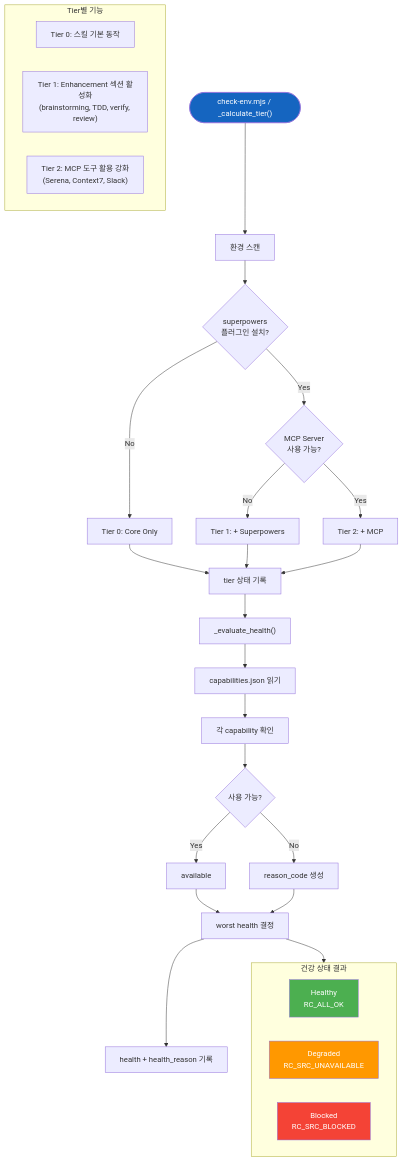
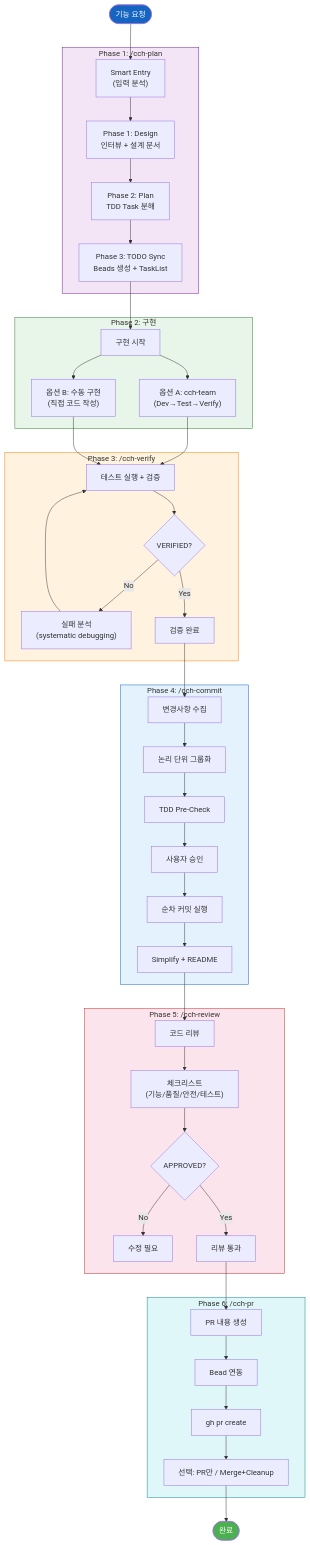
Before and after one commit to skdkfk8758/claude-code-harness: the seventh of 18 diagrams in docs/diagrams/cch-workflows.md, drawn with Mermaid. The commit also changed other lines of this file and 10 other files, not shown here.

Commit message:
docs: add plan documents and diagrams from current session

````diff
--- a/docs/diagrams/cch-workflows.md
+++ b/docs/diagrams/cch-workflows.md
@@ -162,41 +311,70 @@
 ```mermaid
 flowchart TD
-    START(["check-env.mjs / _calculate_tier()"]) --> SCAN["환경 스캔"]
+    START(["기능 요청"]) --> PLAN
 
-    SCAN --> CHK_SP{"superpowers<br/>플러그인 설치?"}
-    CHK_SP -->|No| TIER0["Tier 0: Core Only"]
-    CHK_SP -->|Yes| CHK_MCP{"MCP Server<br/>사용 가능?"}
-    CHK_MCP -->|No| TIER1["Tier 1: + Superpowers"]
-    CHK_MCP -->|Yes| TIER2["Tier 2: + MCP"]
-
-    TIER0 & TIER1 & TIER2 --> WRITE_TIER["tier 상태 기록"]
-
-    WRITE_TIER --> EVAL_HEALTH["_evaluate_health()"]
-    EVAL_HEALTH --> READ_CAP["capabilities.json 읽기"]
-    READ_CAP --> CHECK_EACH["각 capability 확인"]
-    CHECK_EACH --> AVAIL{"사용 가능?"}
-    AVAIL -->|Yes| OK["available"]
-    AVAIL -->|No| REASON["reason_code 생성"]
-
-    OK & REASON --> WORST["worst health 결정"]
-    WORST --> WRITE_HEALTH["health + health_reason 기록"]
-
-    subgraph HealthOutcomes["건강 상태 결과"]
-        HEALTHY["Healthy<br/>RC_ALL_OK"]
-        DEGRADED["Degraded<br/>RC_SRC_UNAVAILABLE"]
-        BLOCKED["Blocked<br/>RC_SRC_BLOCKED"]
+    subgraph PLAN_PHASE["Phase 1: /cch-plan"]
+        PLAN["Smart Entry<br/>(입력 분석)"]
+        PLAN --> P1["Phase 1: Design<br/>인터뷰 + 설계 문서"]
+        P1 --> P2["Phase 2: Plan<br/>TDD Task 분해"]
+        P2 --> P3["Phase 3: TODO Sync<br/>Beads 생성 + TaskList"]
     end
 
-    WORST --> HealthOutcomes
+    P3 --> IMPL
 
-    subgraph TierEffects["Tier별 기능"]
-        T0E["Tier 0: 스킬 기본 동작"]
-        T1E["Tier 1: Enhancement 섹션 활성화<br/>(brainstorming, TDD, verify, review)"]
-        T2E["Tier 2: MCP 도구 활용 강화<br/>(Serena, Context7, Slack)"]
+    subgraph CODE_PHASE["Phase 2: 구현"]
+        IMPL["구현 시작"]
+        IMPL --> OPT_A["옵션 A: cch-team<br/>(Dev→Test→Verify)"]
+        IMPL --> OPT_B["옵션 B: 수동 구현<br/>(직접 코드 작성)"]
     end
 
+    OPT_A & OPT_B --> VERIFY_PHASE
+
+    subgraph VERIFY_PHASE_BOX["Phase 3: /cch-verify"]
+        VERIFY_PHASE["테스트 실행 + 검증"]
+        VERIFY_PHASE --> PASS{"VERIFIED?"}
+        PASS -->|No| DEBUG["실패 분석<br/>(systematic debugging)"]
+        DEBUG --> VERIFY_PHASE
+        PASS -->|Yes| VERIFIED["검증 완료"]
+    end
+
+    VERIFIED --> COMMIT_PHASE
+
+    subgraph COMMIT_PHASE_BOX["Phase 4: /cch-commit"]
+        COMMIT_PHASE["변경사항 수집"]
+        COMMIT_PHASE --> ANALYZE["논리 단위 그룹화"]
+        ANALYZE --> TDD_CHECK["TDD Pre-Check"]
+        TDD_CHECK --> USER_CONFIRM["사용자 승인"]
+        USER_CONFIRM --> EXECUTE["순차 커밋 실행"]
+        EXECUTE --> SIMPLIFY["Simplify + README"]
+    end
+
+    SIMPLIFY --> REVIEW_PHASE
+
+    subgraph REVIEW_PHASE_BOX["Phase 5: /cch-review"]
+        REVIEW_PHASE["코드 리뷰"]
+        REVIEW_PHASE --> CHECKLIST["체크리스트<br/>(기능/품질/안전/테스트)"]
+        CHECKLIST --> RESULT{"APPROVED?"}
+        RESULT -->|No| FIX["수정 필요"]
+        RESULT -->|Yes| APPROVED["리뷰 통과"]
+    end
+
+    APPROVED --> PR_PHASE
+
+    subgraph PR_PHASE_BOX["Phase 6: /cch-pr"]
+        PR_PHASE["PR 내용 생성"]
+        PR_PHASE --> BEAD_LINK["Bead 연동"]
+        BEAD_LINK --> GH_PR["gh pr create"]
+        GH_PR --> MERGE_OPT["선택: PR만 / Merge+Cleanup"]
+    end
+
+    MERGE_OPT --> DONE(["완료"])
+
     style START fill:#1565C0,color:white
-    style HEALTHY fill:#4CAF50,color:white
-    style DEGRADED fill:#FF9800,color:white
-    style BLOCKED fill:#F44336,color:white
+    style DONE fill:#4CAF50,color:white
+    style PLAN_PHASE fill:#F3E5F5,stroke:#6A1B9A
+    style CODE_PHASE fill:#E8F5E9,stroke:#2E7D32
+    style VERIFY_PHASE_BOX fill:#FFF3E0,stroke:#F57C00
+    style COMMIT_PHASE_BOX fill:#E3F2FD,stroke:#1565C0
+    style REVIEW_PHASE_BOX fill:#FCE4EC,stroke:#C62828
+    style PR_PHASE_BOX fill:#E0F7FA,stroke:#00838F
 ```
````
